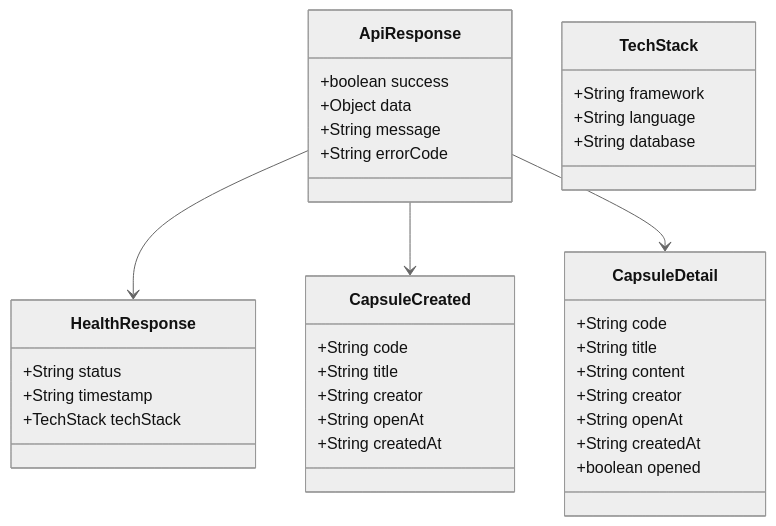
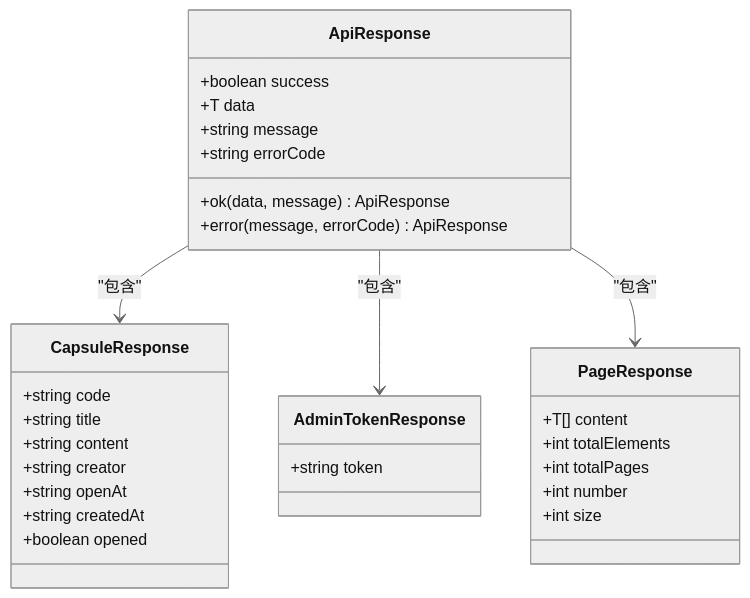
One commit to alexy2008/TimeCapsule changed the second of 6 diagrams in .qoder/repowiki/zh/content/API接口文档/API接口文档.md. Above: the diagram before and after it, drawn with Mermaid (neutral theme). The commit also changed other lines of this file and 247 other files, not shown here.

````diff
--- a/.qoder/repowiki/zh/content/API接口文档/API接口文档.md
+++ b/.qoder/repowiki/zh/content/API接口文档/API接口文档.md
@@ -77,38 +101,33 @@
 ```mermaid
 classDiagram
 class ApiResponse {
 +boolean success
-+Object data
-+String message
-+String errorCode
++T data
++string message
++string errorCode
++ok(data, message) ApiResponse
++error(message, errorCode) ApiResponse
 }
-class HealthResponse {
-+String status
-+String timestamp
-+TechStack techStack
-}
-class TechStack {
-+String framework
-+String language
-+String database
-}
-class CapsuleCreated {
-+String code
-+String title
-+String creator
-+String openAt
-+String createdAt
-}
-class CapsuleDetail {
-+String code
-+String title
-+String content
-+String creator
-+String openAt
-+String createdAt
+class CapsuleResponse {
++string code
++string title
++string content
++string creator
++string openAt
++string createdAt
 +boolean opened
 }
-ApiResponse --> HealthResponse
-ApiResponse --> CapsuleCreated
-ApiResponse --> CapsuleDetail
+class AdminTokenResponse {
++string token
+}
+class PageResponse {
++T[] content
++int totalElements
++int totalPages
++int number
++int size
+}
+ApiResponse --> CapsuleResponse : "包含"
+ApiResponse --> AdminTokenResponse : "包含"
+ApiResponse --> PageResponse : "包含"
 ```
````
